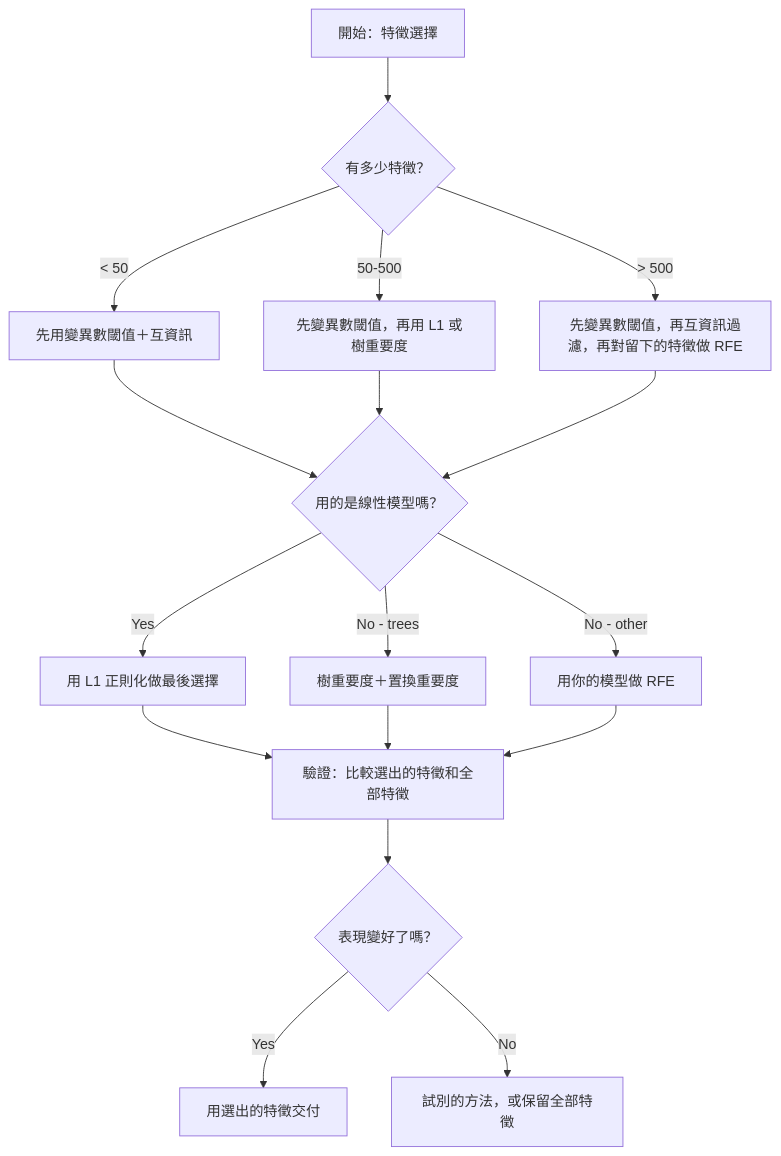
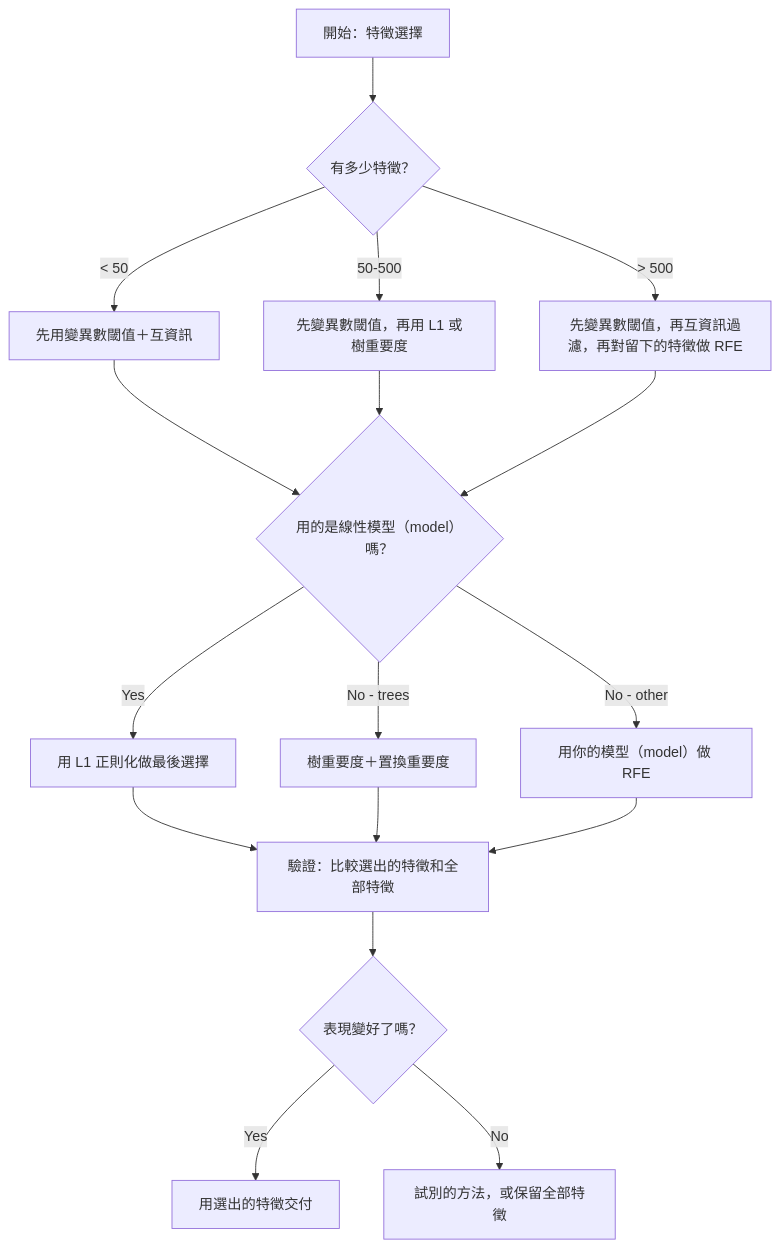
Before and after one commit to edward821220/ai-engineering-from-scratch: the fourth of 4 diagrams in i18n/zh-TW/phases/02-ml-fundamentals/18-feature-selection/docs/zh-TW.md, drawn with Mermaid. The commit also changed other lines of this file and 87 other files, not shown here.

````diff
--- a/i18n/zh-TW/phases/02-ml-fundamentals/18-feature-selection/docs/zh-TW.md
+++ b/i18n/zh-TW/phases/02-ml-fundamentals/18-feature-selection/docs/zh-TW.md
@@ -181,23 +181,23 @@
 ```mermaid
 flowchart TD
     A[開始：特徵選擇] --> B{有多少特徵？}
     B -->|"< 50"| C["先用變異數閾值＋互資訊"]
     B -->|"50-500"| D["先變異數閾值，再用 L1 或樹重要度"]
     B -->|"> 500"| E["先變異數閾值，再互資訊過濾，再對留下的特徵做 RFE"]
 
-    C --> F{用的是線性模型嗎？}
+    C --> F{用的是線性模型（model）嗎？}
     D --> F
     E --> F
 
     F -->|Yes| G["用 L1 正則化做最後選擇"]
     F -->|No - trees| H["樹重要度＋置換重要度"]
-    F -->|No - other| I["用你的模型做 RFE"]
+    F -->|No - other| I["用你的模型（model）做 RFE"]
 
     G --> J[驗證：比較選出的特徵和全部特徵]
     H --> J
     I --> J
 
     J --> K{表現變好了嗎？}
     K -->|Yes| L["用選出的特徵交付"]
     K -->|No| M["試別的方法，或保留全部特徵"]
 ```
````
